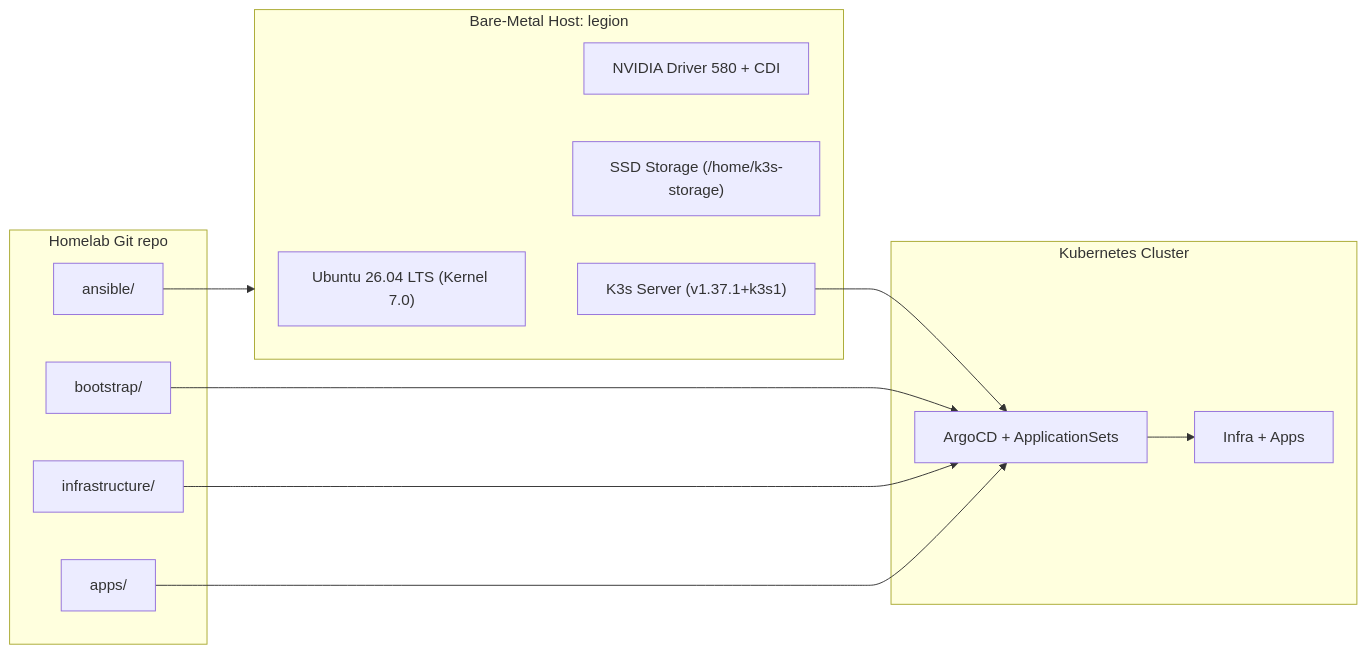
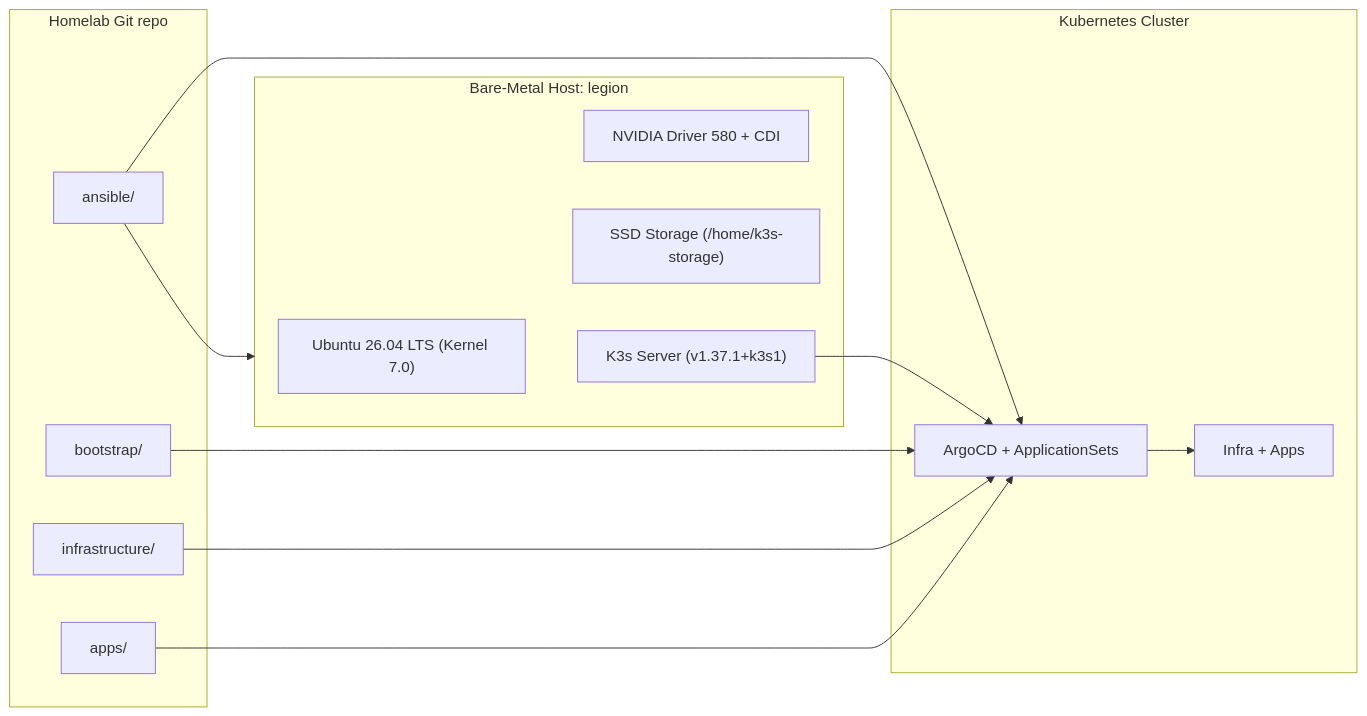
Before and after one commit to nsudhanva/homelab: the first of 3 diagrams in README.md, drawn with Mermaid. The commit also changed other lines of this file and 46 other files, not shown here.

````diff
--- a/README.md
+++ b/README.md
@@ -54,29 +55,30 @@
 ```mermaid
 flowchart LR
   subgraph Repo["Homelab Git repo"]
     Ansible["ansible/"]
     Bootstrap["bootstrap/"]
     Infra["infrastructure/"]
     Apps["apps/"]
   end
 
   subgraph Host["Bare-Metal Host: legion"]
     OS["Ubuntu 26.04 LTS (Kernel 7.0)"]
     GPU["NVIDIA Driver 580 + CDI"]
     Storage["SSD Storage (/home/k3s-storage)"]
     K3s["K3s Server (v1.37.1+k3s1)"]
   end
 
   subgraph Cluster["Kubernetes Cluster"]
     Argo["ArgoCD + ApplicationSets"]
     Workloads["Infra + Apps"]
   end
 
   Ansible --> Host
+  Ansible --> Argo
   Host --> K3s
   K3s --> Argo
   Bootstrap --> Argo
   Infra --> Argo
   Apps --> Argo
   Argo --> Workloads
 ```
````
